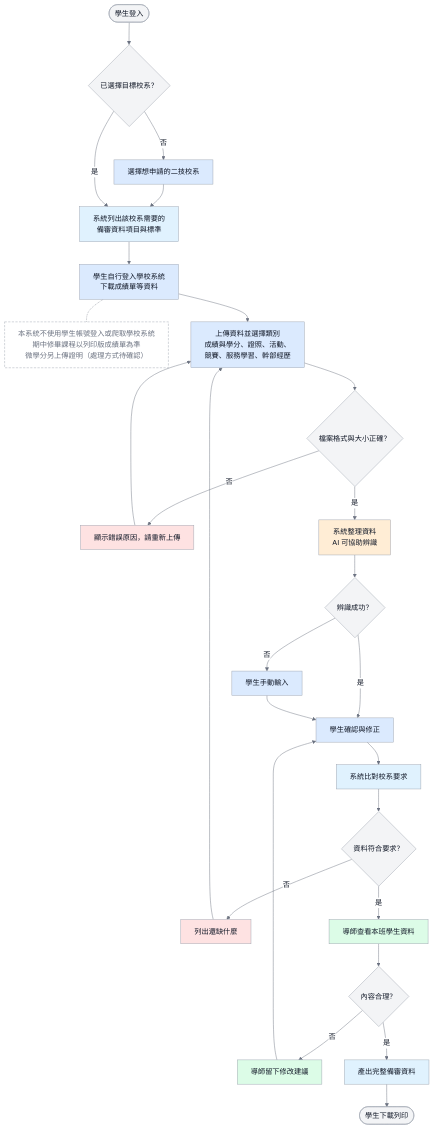
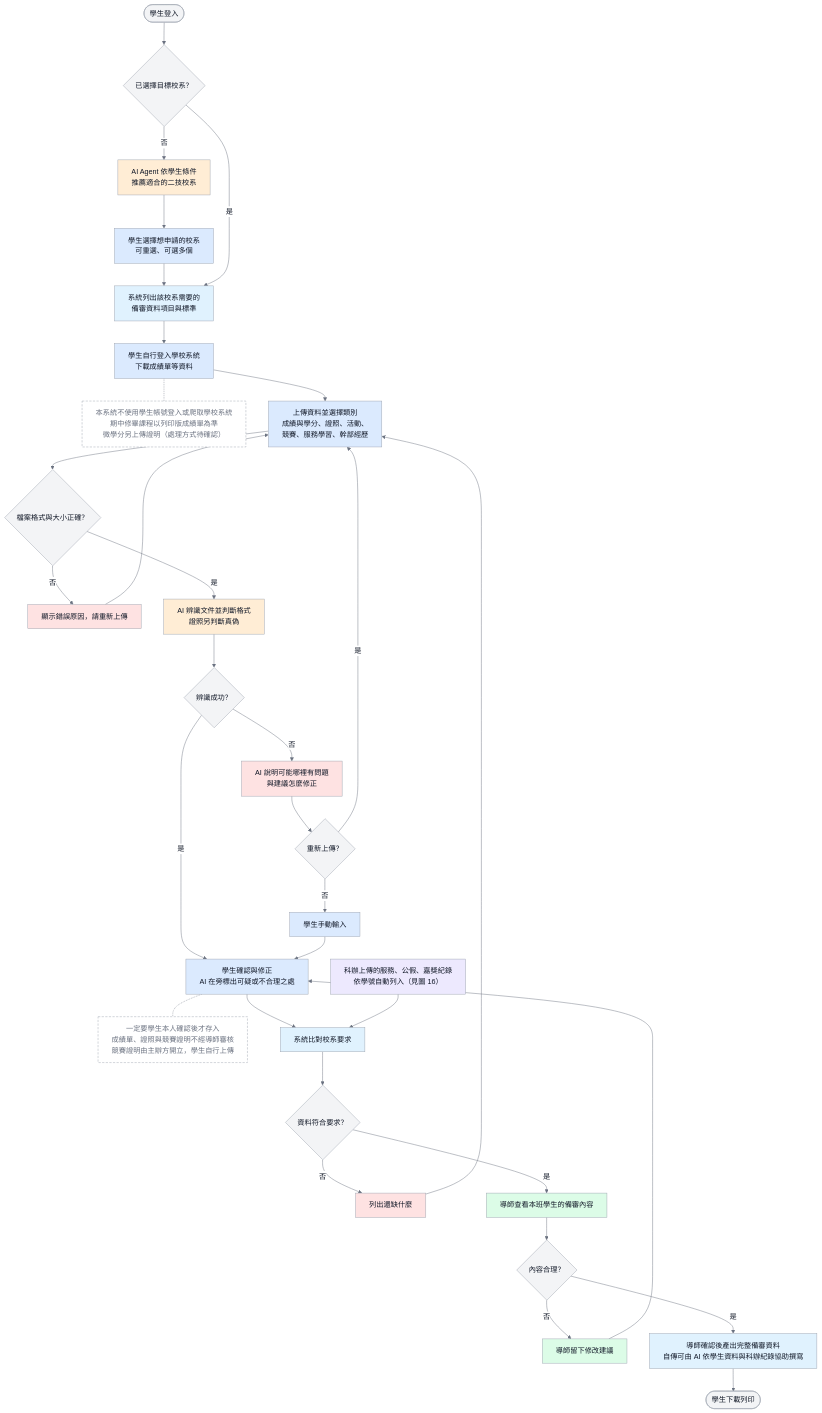
Before and after one commit to vujhdcusa/1028: the diagram in docs/images/D-10-main-line-flow.mmd, drawn with Mermaid. The commit also changed 41 other files, not shown here.

First line of the commit message:
docs: update diagrams and spec for department office records and AI feedback

```diff
--- a/docs/images/D-10-main-line-flow.mmd
+++ b/docs/images/D-10-main-line-flow.mmd
@@ -1,34 +1,41 @@
 %%{init: {'theme':'base','themeVariables': {'fontFamily':'Microsoft JhengHei, Noto Sans TC, Arial, sans-serif','primaryColor':'#F3F4F6','primaryTextColor':'#111827','primaryBorderColor':'#9CA3AF','lineColor':'#6B7280','edgeLabelBackground':'#FFFFFF'},'flowchart':{'wrappingWidth':400}}}%%
 flowchart TD
     classDef student fill:#DBEAFE,stroke:#9CA3AF,color:#111827,stroke-width:1px;
     classDef system fill:#E0F2FE,stroke:#9CA3AF,color:#111827,stroke-width:1px;
     classDef teacher fill:#DCFCE7,stroke:#9CA3AF,color:#111827,stroke-width:1px;
+    classDef staff fill:#EDE9FE,stroke:#9CA3AF,color:#111827,stroke-width:1px;
     classDef ai fill:#FFEDD5,stroke:#9CA3AF,color:#111827,stroke-width:1px;
     classDef alert fill:#FEE2E2,stroke:#9CA3AF,color:#111827,stroke-width:1px;
     classDef note fill:#FFFFFF,stroke:#9CA3AF,color:#6B7280,stroke-width:1px,stroke-dasharray:5 3;
 
     Start([學生登入]) --> HasTarget{已選擇目標校系？}
-    HasTarget -- 否 --> Choose[選擇想申請的二技校系]:::student
+    HasTarget -- 否 --> Recommend[AI Agent 依學生條件<br/>推薦適合的二技校系]:::ai
+    Recommend --> Choose[學生選擇想申請的校系<br/>可重選、可選多個]:::student
     Choose --> Req
     HasTarget -- 是 --> Req[系統列出該校系需要的<br/>備審資料項目與標準]:::system
     Req --> Download[學生自行登入學校系統<br/>下載成績單等資料]:::student
     Download -.- Note1[本系統不使用學生帳號登入或爬取學校系統<br/>期中修畢課程以列印版成績單為準<br/>微學分另上傳證明（處理方式待確認）]:::note
     Download --> Upload[上傳資料並選擇類別<br/>成績與學分、證照、活動、<br/>競賽、服務學習、幹部經歷]:::student
     Upload --> FileOK{檔案格式與大小正確？}
     FileOK -- 否 --> FileErr[顯示錯誤原因，請重新上傳]:::alert
     FileErr --> Upload
-    FileOK -- 是 --> Extract[系統整理資料<br/>AI 可協助辨識]:::ai
+    FileOK -- 是 --> Extract[AI 辨識文件並判斷格式<br/>證照另判斷真偽]:::ai
     Extract --> Recognized{辨識成功？}
-    Recognized -- 否 --> Manual[學生手動輸入]:::student
-    Recognized -- 是 --> Confirm[學生確認與修正]:::student
+    Recognized -- 否 --> Explain[AI 說明可能哪裡有問題<br/>與建議怎麼修正]:::alert
+    Explain --> Retry{重新上傳？}
+    Retry -- 是 --> Upload
+    Retry -- 否 --> Manual[學生手動輸入]:::student
+    Recognized -- 是 --> Confirm[學生確認與修正<br/>AI 在旁標出可疑或不合理之處]:::student
     Manual --> Confirm
+    Confirm -.- Note2[一定要學生本人確認後才存入<br/>成績單、證照與競賽證明不經導師審核<br/>競賽證明由主辦方開立，學生自行上傳]:::note
     Confirm --> Compare[系統比對校系要求]:::system
+    StaffRec[科辦上傳的服務、公假、嘉獎紀錄<br/>依學號自動列入（見圖 16）]:::staff --> Compare
     Compare --> Enough{資料符合要求？}
     Enough -- 否 --> Missing[列出還缺什麼]:::alert
     Missing --> Upload
-    Enough -- 是 --> Teacher[導師查看本班學生資料]:::teacher
+    Enough -- 是 --> Teacher[導師查看本班學生的備審內容]:::teacher
     Teacher --> Reasonable{內容合理？}
     Reasonable -- 否 --> Advice[導師留下修改建議]:::teacher
     Advice --> Confirm
-    Reasonable -- 是 --> Output[產出完整備審資料]:::system
+    Reasonable -- 是 --> Output[導師確認後產出完整備審資料<br/>自傳可由 AI 依學生資料與科辦紀錄協助撰寫]:::system
     Output --> Print([學生下載列印])
```
